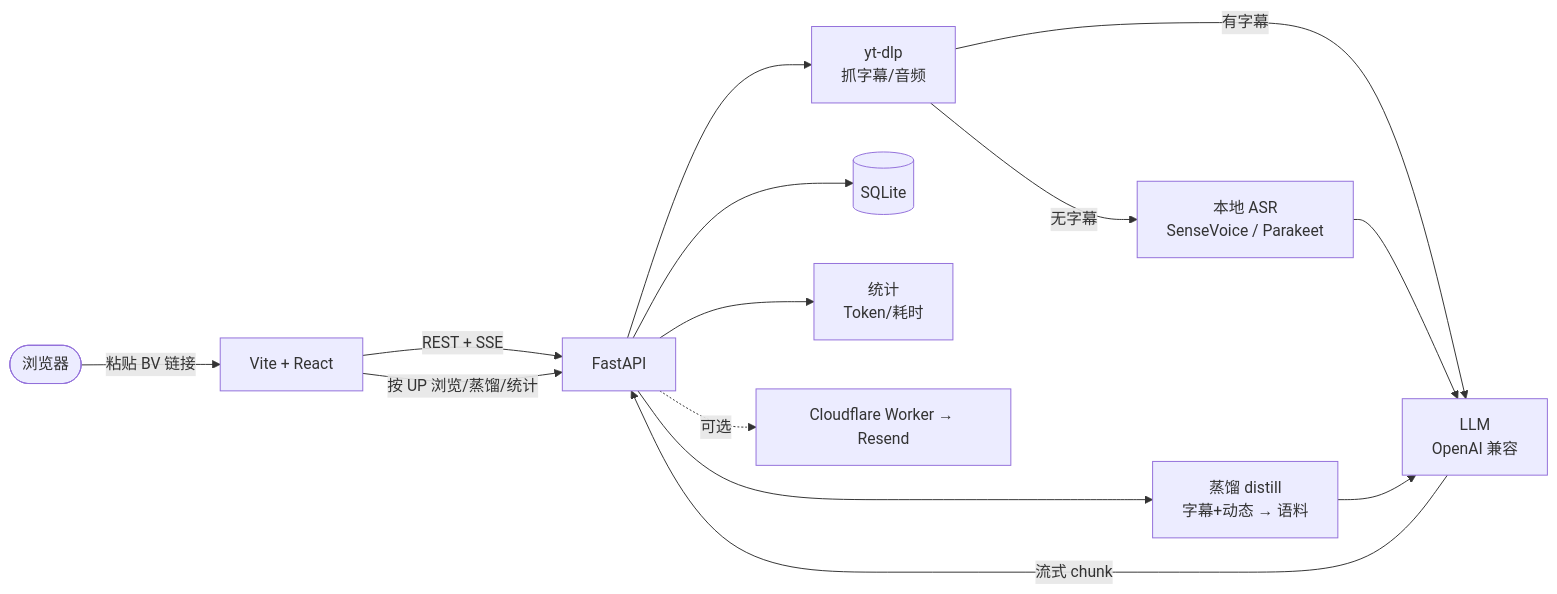
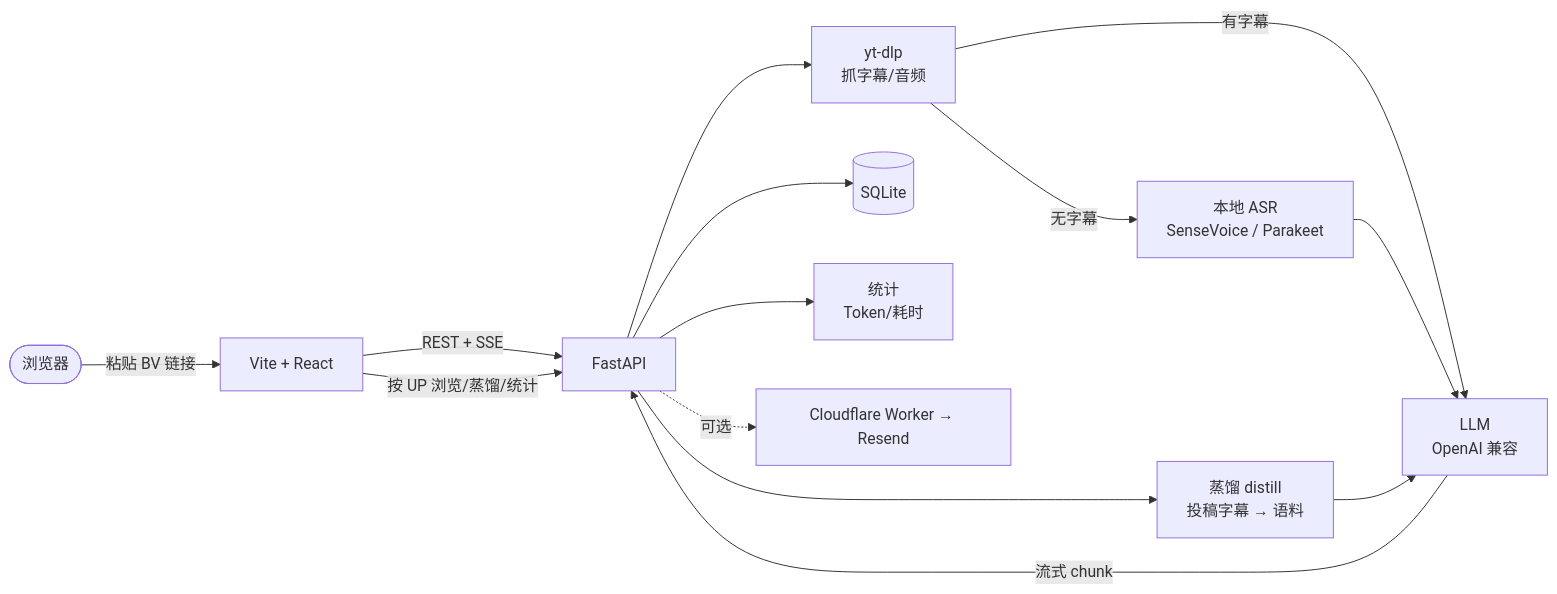
The diagram in README.md (BazingaOrg/biri-youyaku), drawn with Mermaid before and after one commit. The commit also changed other lines of this file and 21 other files, not shown here.

````diff
--- a/README.md
+++ b/README.md
@@ -110,16 +110,16 @@
 ```mermaid
 flowchart LR
     user([浏览器]) -->|粘贴 BV 链接| web[Vite + React]
     web -->|REST + SSE| api[FastAPI]
     web -->|按 UP 浏览/蒸馏/统计| api
     api --> ytdlp[yt-dlp<br/>抓字幕/音频]
     ytdlp -->|有字幕| llm
     ytdlp -->|无字幕| asr[本地 ASR<br/>SenseVoice / Parakeet]
     asr --> llm[LLM<br/>OpenAI 兼容]
-    api --> distill[蒸馏 distill<br/>字幕+动态 → 语料]
+    api --> distill[蒸馏 distill<br/>投稿字幕 → 语料]
     distill --> llm
     llm -->|流式 chunk| api
     api --> db[(SQLite)]
     api --> stats[统计<br/>Token/耗时]
     api -. 可选 .-> mail[Cloudflare Worker → Resend]
 ```
````
